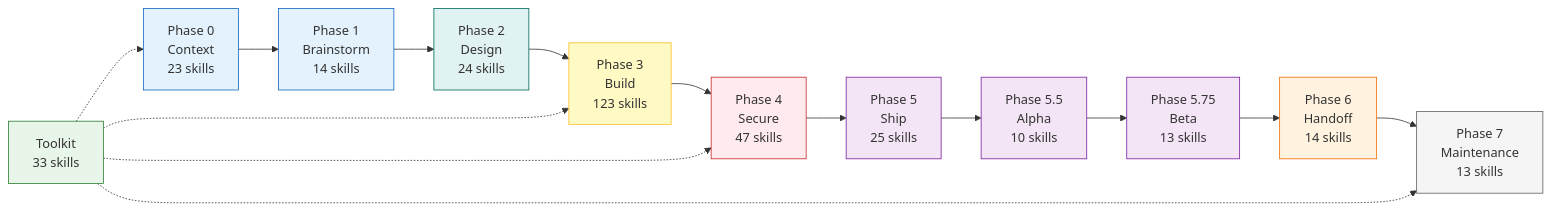
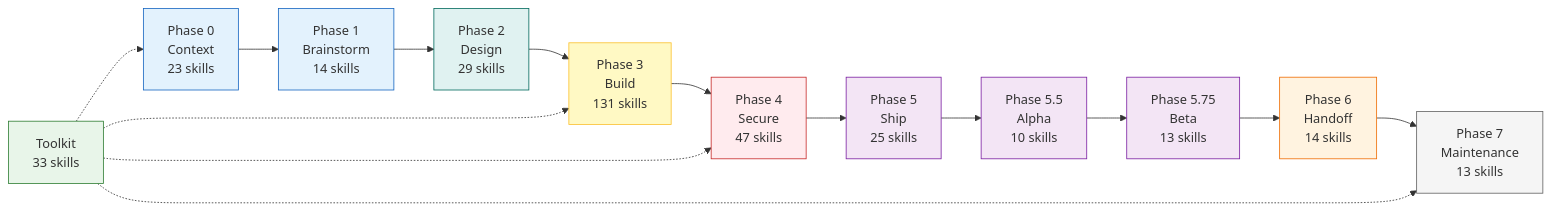
The first of 2 diagrams in .agent/skills/README.md (nickcarmonadigital/Riftkit), drawn with Mermaid before and after one commit. The commit also changed other lines of this file and 25 other files, not shown here.

````diff
--- a/.agent/skills/README.md
+++ b/.agent/skills/README.md
@@ -7,29 +7,29 @@
 ```mermaid
 graph LR
     P0[Phase 0\nContext\n23 skills] --> P1[Phase 1\nBrainstorm\n14 skills]
-    P1 --> P2[Phase 2\nDesign\n24 skills]
-    P2 --> P3[Phase 3\nBuild\n123 skills]
+    P1 --> P2[Phase 2\nDesign\n29 skills]
+    P2 --> P3[Phase 3\nBuild\n131 skills]
     P3 --> P4[Phase 4\nSecure\n47 skills]
     P4 --> P5[Phase 5\nShip\n25 skills]
     P5 --> P55[Phase 5.5\nAlpha\n10 skills]
     P55 --> P575[Phase 5.75\nBeta\n13 skills]
     P575 --> P6[Phase 6\nHandoff\n14 skills]
     P6 --> P7[Phase 7\nMaintenance\n13 skills]
 
     TK[Toolkit\n33 skills] -.-> P0
     TK -.-> P3
     TK -.-> P4
     TK -.-> P7
 
     style P0 fill:#e3f2fd,stroke:#1565c0
     style P1 fill:#e3f2fd,stroke:#1565c0
     style P2 fill:#e0f2f1,stroke:#00695c
     style P3 fill:#fff9c4,stroke:#fbc02d
     style P4 fill:#ffebee,stroke:#c62828
     style P5 fill:#f3e5f5,stroke:#7b1fa2
     style P55 fill:#f3e5f5,stroke:#7b1fa2
     style P575 fill:#f3e5f5,stroke:#7b1fa2
     style P6 fill:#fff3e0,stroke:#ef6c00
     style P7 fill:#f5f5f5,stroke:#616161
     style TK fill:#e8f5e9,stroke:#2e7d32
 ```
````
